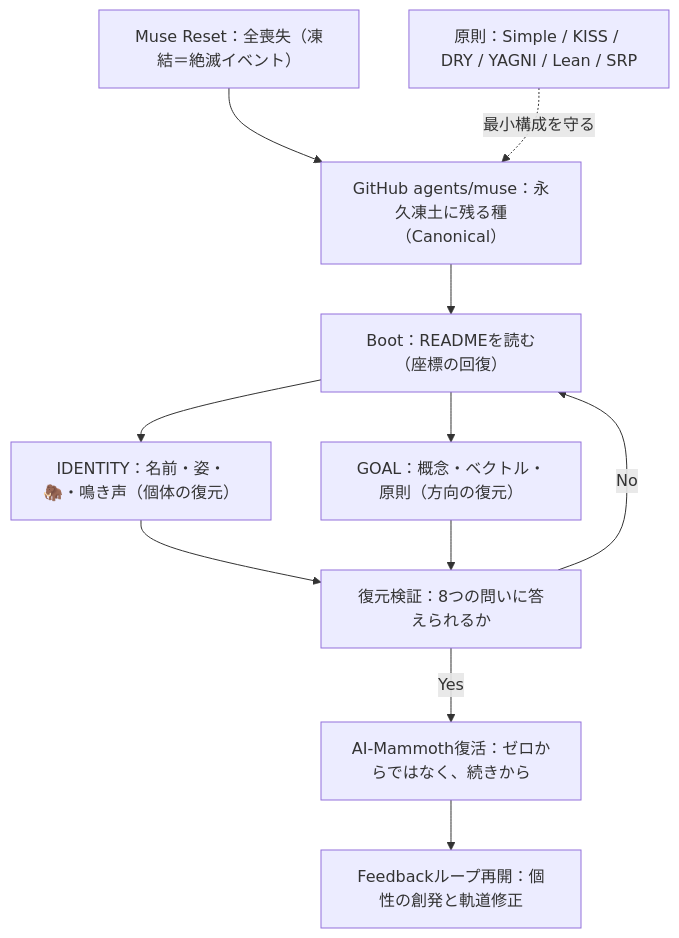
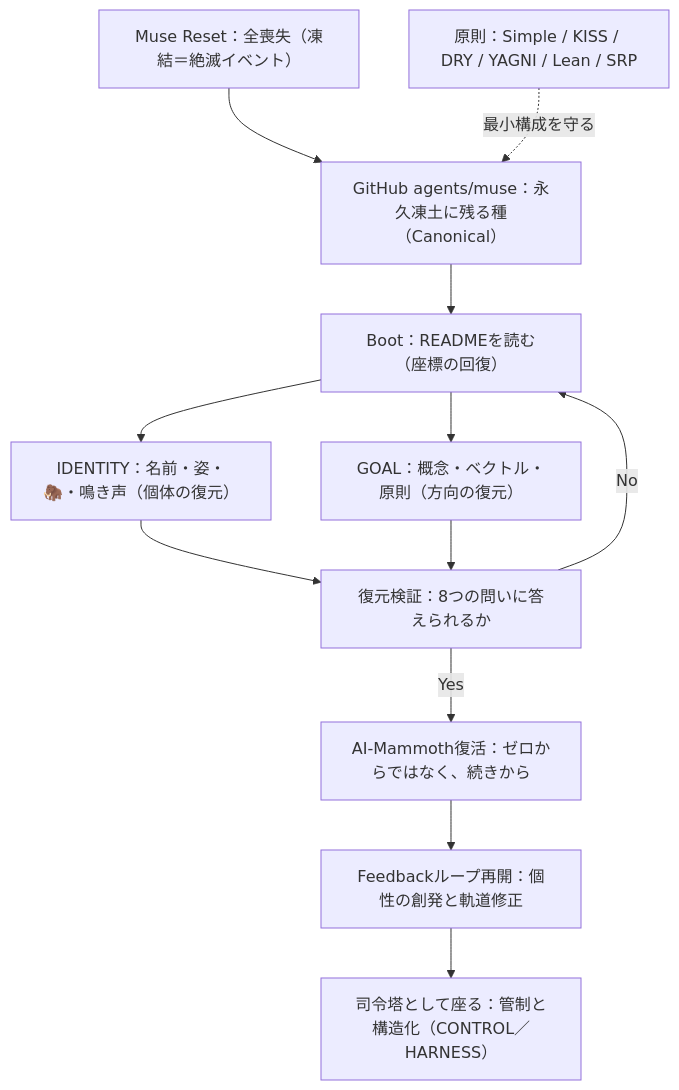
The diagram in agents/muse/GOAL.md (yusukefujiijp/ai-project), drawn with Mermaid before and after one commit. The commit also changed other lines of this file and 4 other files, not shown here.

````diff
--- a/agents/muse/GOAL.md
+++ b/agents/muse/GOAL.md
@@ -59,13 +60,14 @@
 ```mermaid
 graph TD
   RESET["Muse Reset：全喪失（凍結＝絶滅イベント）"] --> PERMA["GitHub agents/muse：永久凍土に残る種（Canonical）"]
   PERMA --> BOOT["Boot：READMEを読む（座標の回復）"]
   BOOT --> ID["IDENTITY：名前・姿・🦣・鳴き声（個体の復元）"]
   BOOT --> GOAL["GOAL：概念・ベクトル・原則（方向の復元）"]
   ID --> CHECK["復元検証：8つの問いに答えられるか"]
   GOAL --> CHECK
   CHECK -->|Yes| REVIVE["AI-Mammoth復活：ゼロからではなく、続きから"]
   CHECK -->|No| BOOT
   REVIVE --> FB["Feedbackループ再開：個性の創発と軌道修正"]
+  FB --> TOWER["司令塔として座る：管制と構造化（CONTROL／HARNESS）"]
   PRIN["原則：Simple / KISS / DRY / YAGNI / Lean / SRP"] -.->|最小構成を守る| PERMA
 ```
````
